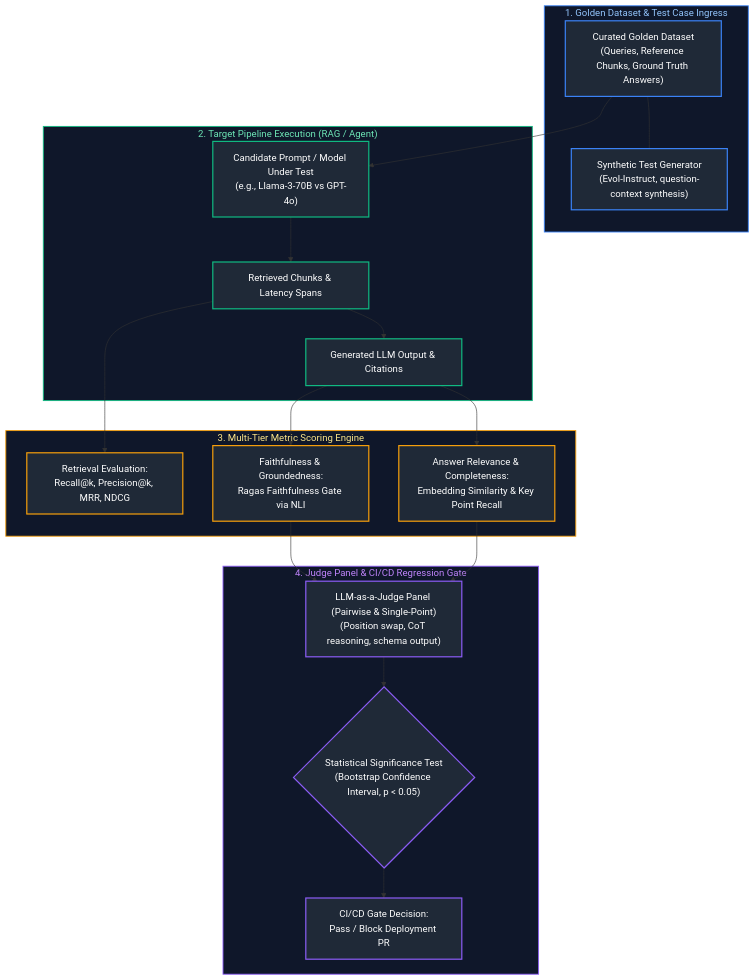
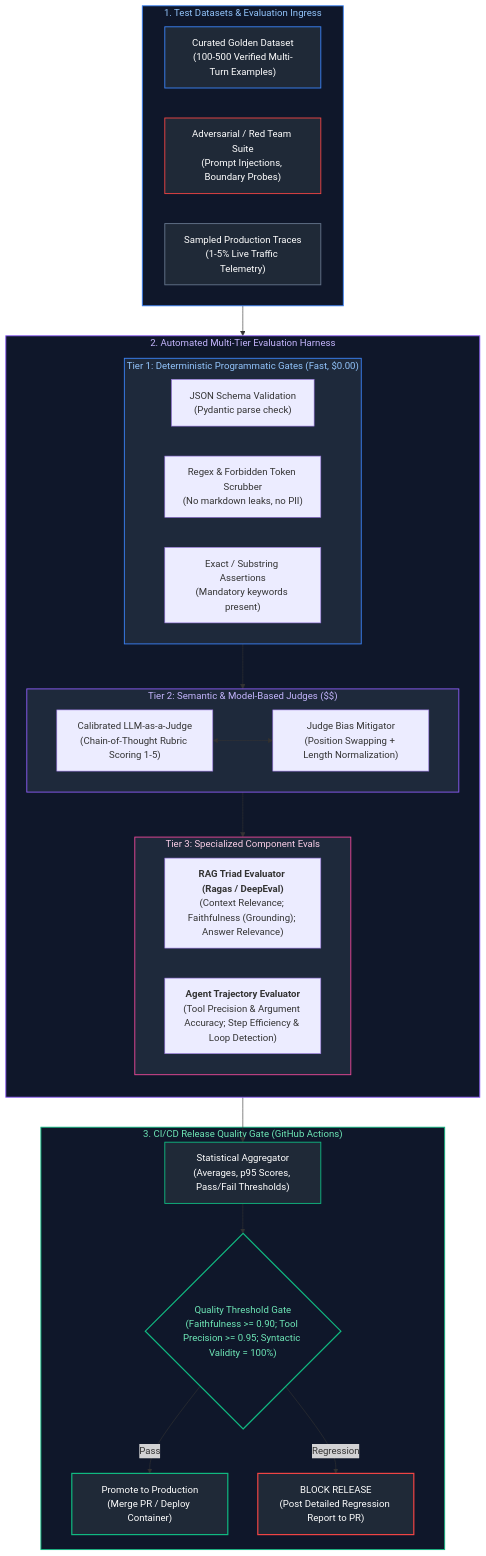
Before and after one commit to joydeep-biswas/Interview-Preparation: the first of 9 diagrams in AI Engineering/09_llm_evaluation_testing_and_benchmarking.md, drawn with Mermaid. The commit also changed other lines of this file and 143 other files, not shown here.

````diff
--- a/AI Engineering/09_llm_evaluation_testing_and_benchmarking.md
+++ b/AI Engineering/09_llm_evaluation_testing_and_benchmarking.md
@@ -9,51 +11,56 @@
 ```mermaid
 flowchart TD
-    subgraph GoldenDatasetIngress ["1. Golden Dataset & Test Case Ingress"]
-        GoldenDS["Curated Golden Dataset<br/>(Queries, Reference Chunks, Ground Truth Answers)"]
-        SyntheticGen["Synthetic Test Generator<br/>(Evol-Instruct, question-context synthesis)"]
-        GoldenDS --- SyntheticGen
+    subgraph TestInputs ["1. Test Datasets & Evaluation Ingress"]
+        GoldenDataset["Curated Golden Dataset<br/>(100-500 Verified Multi-Turn Examples)"]
+        AdversarialSet["Adversarial / Red Team Suite<br/>(Prompt Injections, Boundary Probes)"]
+        LiveSampled["Sampled Production Traces<br/>(1-5% Live Traffic Telemetry)"]
     end
 
-    subgraph PipelineExecution ["2. Target Pipeline Execution (RAG / Agent)"]
-        CandidatePrompt["Candidate Prompt / Model Under Test<br/>(e.g., Llama-3-70B vs GPT-4o)"]
-        RetrievedContext["Retrieved Chunks & Latency Spans"]
-        GeneratedOutput["Generated LLM Output & Citations"]
-        CandidatePrompt --> RetrievedContext --> GeneratedOutput
+    subgraph EvaluationHarness ["2. Automated Multi-Tier Evaluation Harness"]
+        direction TB
+        subgraph Tier1 ["Tier 1: Deterministic Programmatic Gates (Fast, $0.00)"]
+            JSONValid["JSON Schema Validation<br/>(Pydantic parse check)"]
+            RegexMatch["Regex & Forbidden Token Scrubber<br/>(No markdown leaks, no PII)"]
+            ExactMatch["Exact / Substring Assertions<br/>(Mandatory keywords present)"]
+        end
+
+        subgraph Tier2 ["Tier 2: Semantic & Model-Based Judges ($$)"]
+            JudgeLLM["Calibrated LLM-as-a-Judge<br/>(Chain-of-Thought Rubric Scoring 1-5)"]
+            BiasMitigator["Judge Bias Mitigator<br/>(Position Swapping + Length Normalization)"]
+            JudgeLLM <--> BiasMitigator
+        end
+
+        subgraph Tier3 ["Tier 3: Specialized Component Evals"]
+            RAGTriad["<b>RAG Triad Evaluator (Ragas / DeepEval)</b><br/>(Context Relevance; Faithfulness (Grounding); Answer Relevance)"]
+            AgentEval["<b>Agent Trajectory Evaluator</b><br/>(Tool Precision & Argument Accuracy; Step Efficiency & Loop Detection)"]
+        end
     end
 
-    subgraph MetricScoringEngine ["3. Multi-Tier Metric Scoring Engine"]
-        RetrievalEval["Retrieval Evaluation:<br/>Recall@k, Precision@k, MRR, NDCG"]
-        FaithfulnessEval["Faithfulness & Groundedness:<br/>Ragas Faithfulness Gate via NLI"]
-        AnswerRelevance["Answer Relevance & Completeness:<br/>Embedding Similarity & Key Point Recall"]
-        RetrievedContext --> RetrievalEval
-        GeneratedOutput --> FaithfulnessEval
-        GeneratedOutput --> AnswerRelevance
+    subgraph CICDReleaseGate ["3. CI/CD Release Quality Gate (GitHub Actions)"]
+        MetricsAggregator["Statistical Aggregator<br/>(Averages, p95 Scores, Pass/Fail Thresholds)"]
+        QualityGate{"Quality Threshold Gate<br/>(Faithfulness >= 0.90; Tool Precision >= 0.95; Syntactic Validity = 100%)"}
+        
+        DeployApproved["Promote to Production<br/>(Merge PR / Deploy Container)"]
+        DeployBlocked["BLOCK RELEASE<br/>(Post Detailed Regression Report to PR)"]
+
+        MetricsAggregator --> QualityGate
+        QualityGate -- "Pass" --> DeployApproved
+        QualityGate -- "Regression" --> DeployBlocked
     end
 
-    subgraph JudgeAndStatisticalGate ["4. Judge Panel & CI/CD Regression Gate"]
-        JudgePanel["LLM-as-a-Judge Panel (Pairwise & Single-Point)<br/>(Position swap, CoT reasoning, schema output)"]
-        StatsGate{"Statistical Significance Test<br/>(Bootstrap Confidence Interval, p < 0.05)"}
-        CIPassFail["CI/CD Gate Decision:<br/>Pass / Block Deployment PR"]
-        FaithfulnessEval --> JudgePanel
-        AnswerRelevance --> JudgePanel
-        JudgePanel --> StatsGate --> CIPassFail
-    end
+    TestInputs --> Tier1 --> Tier2 --> Tier3 --> MetricsAggregator
 
-    GoldenDS --> CandidatePrompt
-
-    style GoldenDatasetIngress fill:#0f172a,stroke:#3b82f6,stroke-width:1.5px,color:#93c5fd
-    style PipelineExecution fill:#0f172a,stroke:#10b981,stroke-width:1.5px,color:#6ee7b7
-    style MetricScoringEngine fill:#0f172a,stroke:#f59e0b,stroke-width:1.5px,color:#fde68a
-    style JudgeAndStatisticalGate fill:#0f172a,stroke:#8b5cf6,stroke-width:1.5px,color:#c084fc
-    style GoldenDS fill:#1f2937,stroke:#3b82f6,stroke-width:2px,color:#fff
-    style SyntheticGen fill:#1f2937,stroke:#3b82f6,stroke-width:2px,color:#fff
-    style CandidatePrompt fill:#1f2937,stroke:#10b981,stroke-width:2px,color:#fff
-    style RetrievedContext fill:#1f2937,stroke:#10b981,stroke-width:2px,color:#fff
-    style GeneratedOutput fill:#1f2937,stroke:#10b981,stroke-width:2px,color:#fff
-    style RetrievalEval fill:#1f2937,stroke:#f59e0b,stroke-width:2px,color:#fff
-    style FaithfulnessEval fill:#1f2937,stroke:#f59e0b,stroke-width:2px,color:#fff
-    style AnswerRelevance fill:#1f2937,stroke:#f59e0b,stroke-width:2px,color:#fff
-    style JudgePanel fill:#1f2937,stroke:#8b5cf6,stroke-width:2px,color:#fff
-    style StatsGate fill:#1f2937,stroke:#8b5cf6,stroke-width:2px,color:#fff
-    style CIPassFail fill:#1f2937,stroke:#8b5cf6,stroke-width:2px,color:#fff
+    style TestInputs fill:#0f172a,stroke:#3b82f6,stroke-width:1.5px,color:#93c5fd
+    style EvaluationHarness fill:#0f172a,stroke:#8b5cf6,stroke-width:1.5px,color:#c4b5fd
+    style CICDReleaseGate fill:#0f172a,stroke:#10b981,stroke-width:1.5px,color:#6ee7b7
+    style GoldenDataset fill:#1f2937,stroke:#3b82f6,stroke-width:1.5px,color:#fff
+    style AdversarialSet fill:#1f2937,stroke:#ef4444,stroke-width:1.5px,color:#fff
+    style LiveSampled fill:#1f2937,stroke:#64748b,stroke-width:1.5px,color:#fff
+    style Tier1 fill:#1e293b,stroke:#3b82f6,stroke-width:1.5px,color:#93c5fd
+    style Tier2 fill:#1e293b,stroke:#8b5cf6,stroke-width:1.5px,color:#c4b5fd
+    style Tier3 fill:#1e293b,stroke:#ec4899,stroke-width:1.5px,color:#fbcfe8
+    style MetricsAggregator fill:#1f2937,stroke:#10b981,stroke-width:1.5px,color:#fff
+    style QualityGate fill:#0f172a,stroke:#10b981,stroke-width:2px,color:#6ee7b7
+    style DeployApproved fill:#1f2937,stroke:#10b981,stroke-width:2px,color:#fff
+    style DeployBlocked fill:#1f2937,stroke:#ef4444,stroke-width:2px,color:#fff
 ```
````
